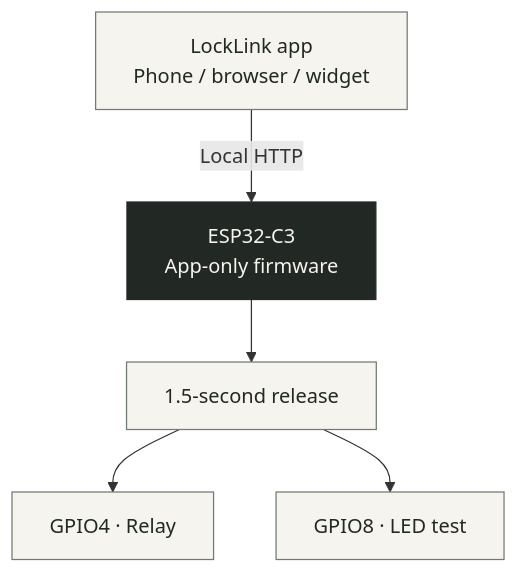
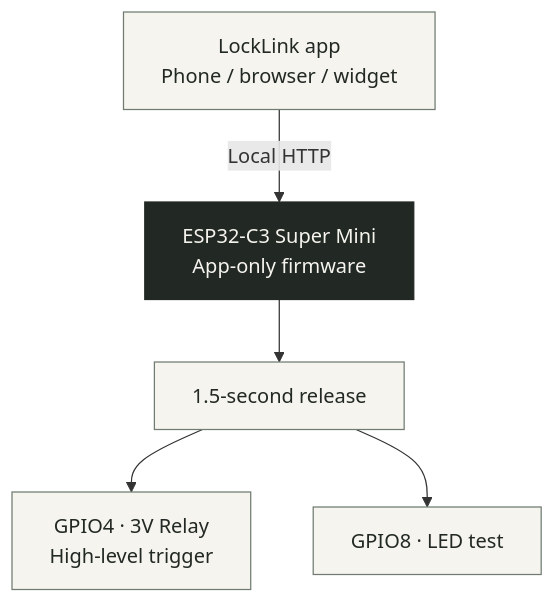
The diagram in README.md (Vaibhavsh0120/LockLink), drawn with Mermaid before and after one commit. The commit also changed other lines of this file and 6 other files, not shown here.

First line of the commit message:
hw: switch to 3V high-level trigger relay (SRD-DC03V-SL-C)

````diff
--- a/README.md
+++ b/README.md
@@ -41,10 +41,10 @@
 ```mermaid
 flowchart TD
-    app["LockLink app<br/>Phone / browser / widget"] -->|Local HTTP| device["ESP32-C3<br/>App-only firmware"]
+    app["LockLink app<br/>Phone / browser / widget"] -->|Local HTTP| device["ESP32-C3 Super Mini<br/>App-only firmware"]
     device --> pulse["1.5-second release"]
-    pulse --> relay["GPIO4 · Relay"]
+    pulse --> relay["GPIO4 · 3V Relay<br/>High-level trigger"]
     pulse --> led["GPIO8 · LED test"]
     classDef default fill:#f6f4ef,stroke:#707c72,color:#222823
     classDef controller fill:#222823,stroke:#222823,color:#f6f4ef
     class device controller
 ```
````
